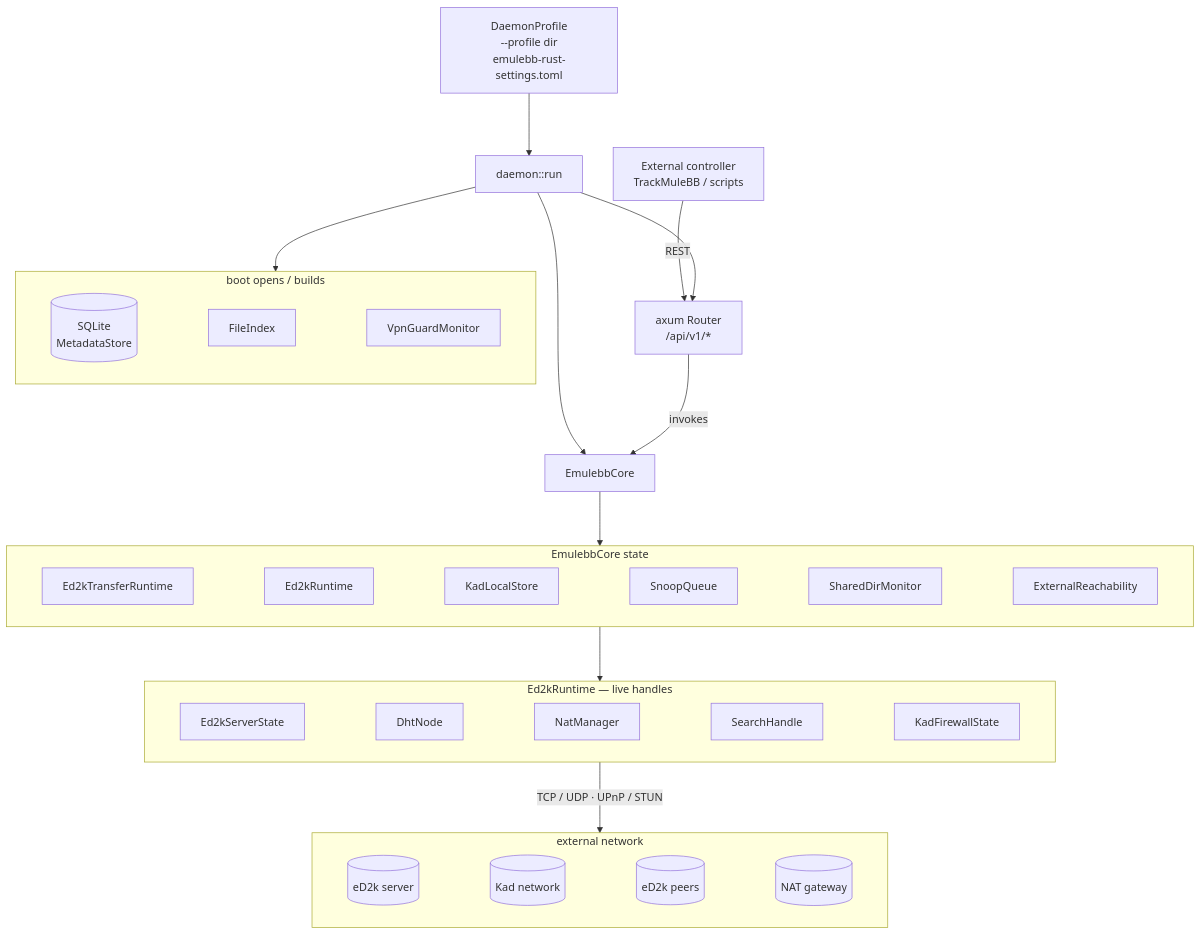
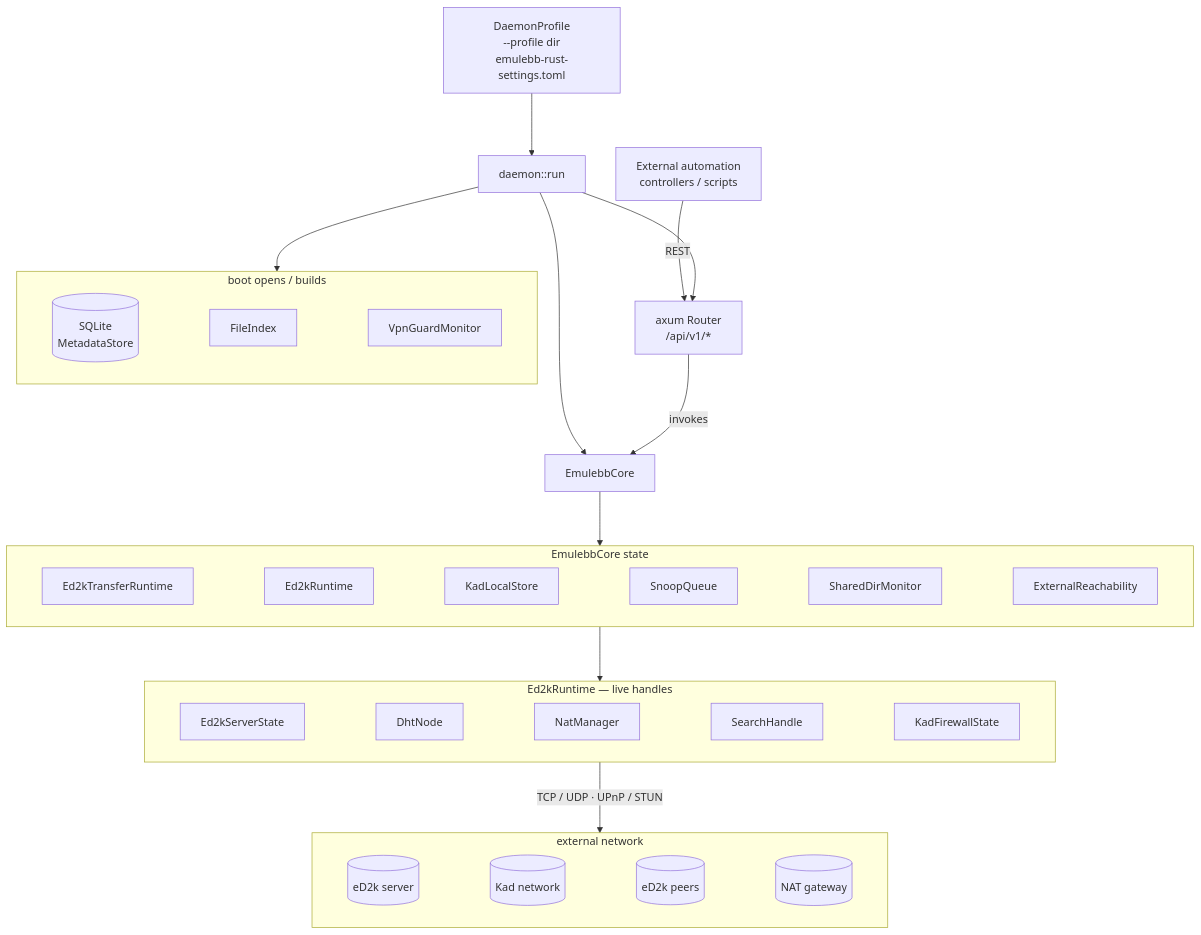
Before and after one commit to emulebb/emulebb-tooling: the second of 5 diagrams in docs/products/emulebb-rust/design/architecture.md, drawn with Mermaid. The commit also changed other lines of this file and 10 other files, not shown here.

````diff
--- a/docs/products/emulebb-rust/design/architecture.md
+++ b/docs/products/emulebb-rust/design/architecture.md
@@ -87,34 +91,34 @@
 ```mermaid
 %%{init: {'flowchart': {'nodeSpacing': 45, 'rankSpacing': 80}}}%%
 graph TB
     cfg[DaemonProfile<br/>--profile dir<br/>emulebb-rust-settings.toml] --> boot[daemon::run]
-    ctrl[External controller<br/>TrackMuleBB / scripts] -->|REST| router
+    ctrl[External automation<br/>controllers / scripts] -->|REST| router
 
     boot --> coreobj[EmulebbCore]
     boot --> router[axum Router<br/>/api/v1/*]
     router -->|invokes| coreobj
 
     subgraph stores[boot opens / builds]
         direction LR
         sqlite[(SQLite<br/>MetadataStore)] ~~~ idx[FileIndex] ~~~ vpn[VpnGuardMonitor]
     end
     boot --> stores
 
     subgraph state[EmulebbCore state]
         direction LR
         tr[Ed2kTransferRuntime] ~~~ rt[Ed2kRuntime] ~~~ kls[KadLocalStore] ~~~ snoop[SnoopQueue] ~~~ sdm[SharedDirMonitor] ~~~ reach[ExternalReachability]
     end
     coreobj --> state
 
     subgraph live[Ed2kRuntime — live handles]
         direction LR
         srv[Ed2kServerState] ~~~ dht[DhtNode] ~~~ nat[NatManager] ~~~ search[SearchHandle] ~~~ fw[KadFirewallState]
     end
     state --> live
 
     subgraph net[external network]
         direction LR
         eserver[(eD2k server)] ~~~ kadnet[(Kad network)] ~~~ peers[(eD2k peers)] ~~~ gw[(NAT gateway)]
     end
     live -->|TCP / UDP · UPnP / STUN| net
 ```
````
